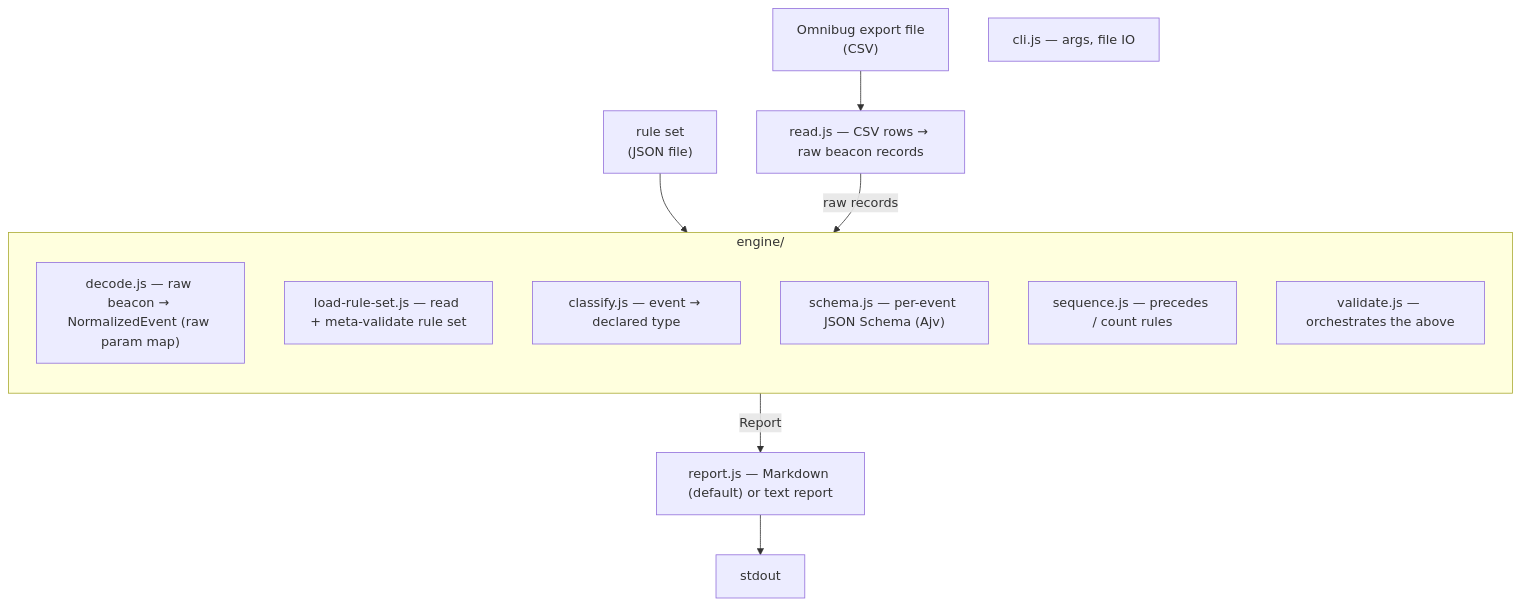
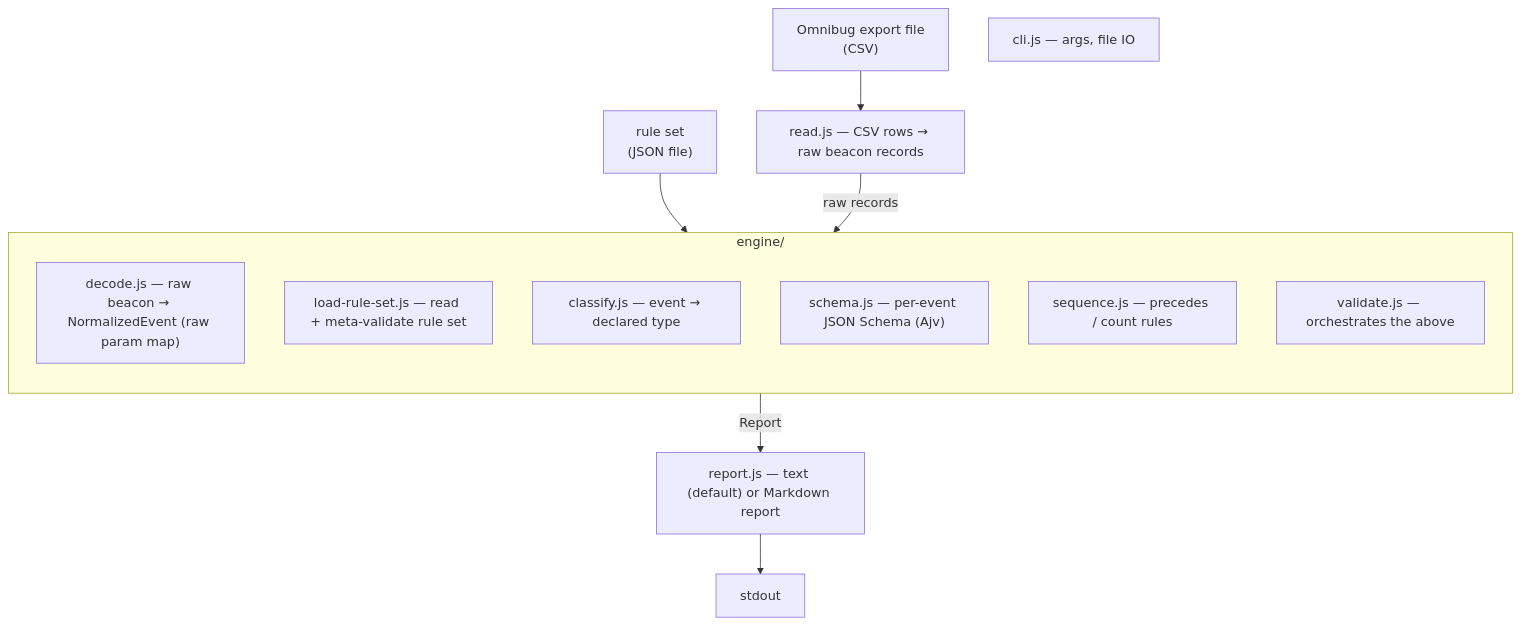
The first of 2 diagrams in docs/design.md (andresdiegolanda/tracewright), drawn with Mermaid before and after one commit. The commit also changed other lines of this file and 6 other files, not shown here.

First line of the commit message:
Default the report format to text

````diff
--- a/docs/design.md
+++ b/docs/design.md
@@ -63,25 +63,25 @@
 ```mermaid
 flowchart TD
     export["Omnibug export file<br/>(CSV)"] --> read
     ruleSet["rule set<br/>(JSON file)"] --> engine
 
     read["read.js — CSV rows → raw beacon records"]
 
     subgraph engine["engine/"]
         direction TB
         decode["decode.js — raw beacon → NormalizedEvent (raw param map)"]
         load["load-rule-set.js — read + meta-validate rule set"]
         classify["classify.js — event → declared type"]
         schema["schema.js — per-event JSON Schema (Ajv)"]
         sequence["sequence.js — precedes / count rules"]
         validate["validate.js — orchestrates the above"]
     end
 
-    report["report.js — Markdown (default) or text report"]
+    report["report.js — text (default) or Markdown report"]
 
     read -->|"raw records"| engine
     engine -->|Report| report
     report --> stdout["stdout"]
 
     cli["cli.js — args, file IO"]
 ```
````
